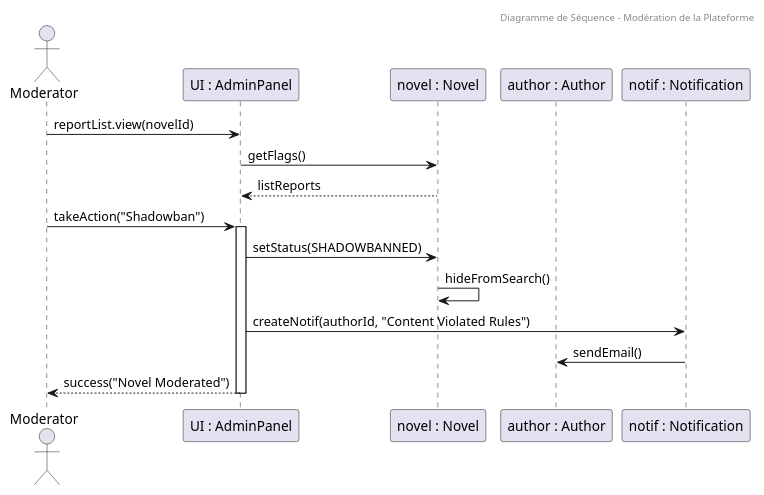
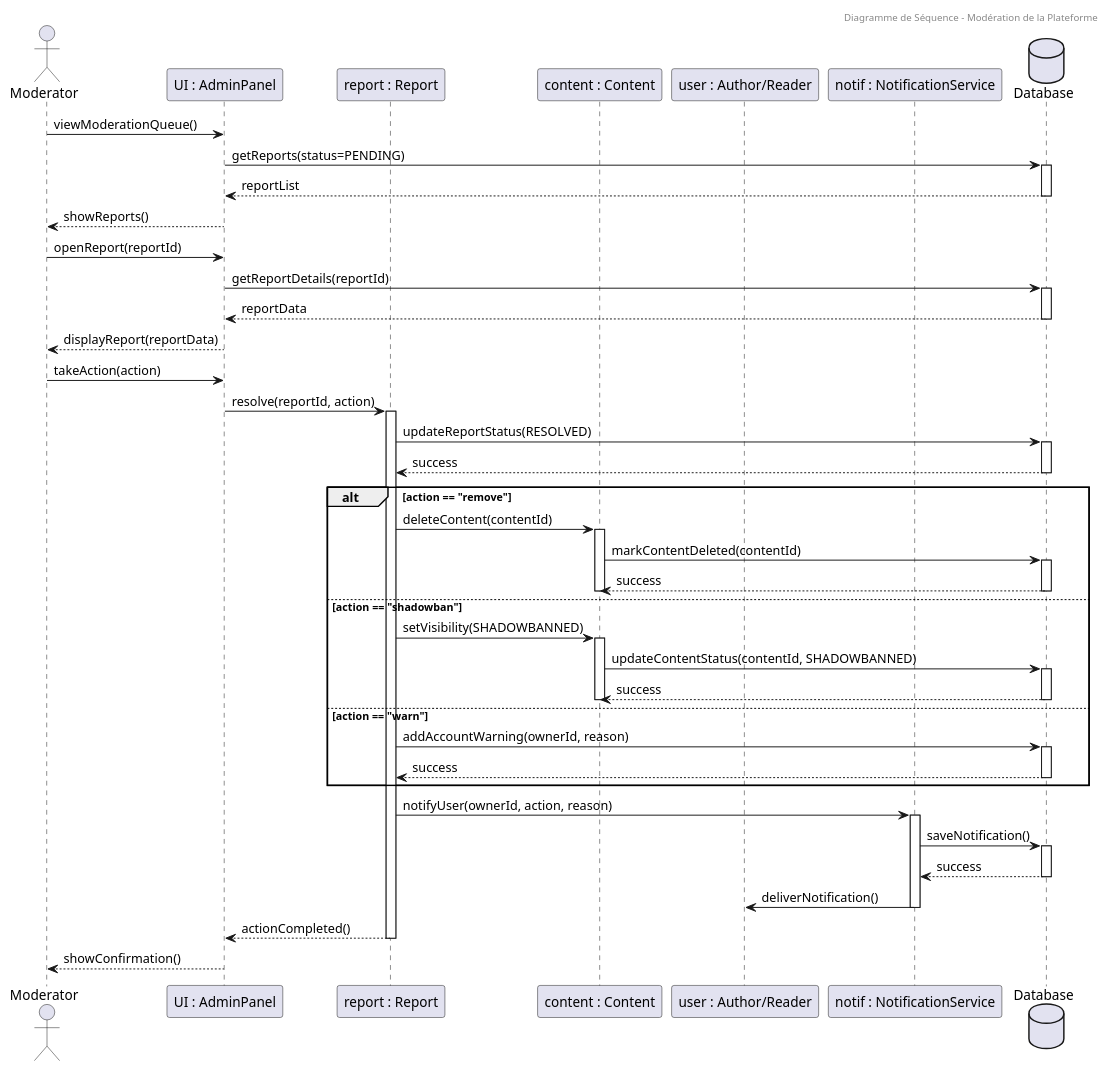
One commit to matthieuzajac/UML_project changed the diagram in src/Sequence/moderation.wsd. Above: the diagram before and after it, drawn with PlantUML.

Commit message:
Remake moderation sequence diagram

```diff
--- a/src/Sequence/moderation.wsd
+++ b/src/Sequence/moderation.wsd
@@ -1,23 +1,69 @@
 @startuml sequence diagram moderation
 header Diagramme de Séquence - Modération de la Plateforme
 actor Moderator as M
 participant "UI : AdminPanel" as UI
-participant "novel : Novel" as N
-participant "author : Author" as A
-participant "notif : Notification" as NS
+participant "report : Report" as REP
+participant "content : Content" as C
+participant "user : Author/Reader" as U
+participant "notif : NotificationService" as NS
+database "Database" as DB
 
-M -> UI : reportList.view(novelId)
-UI -> N : getFlags()
-N --> UI : listReports
+M -> UI : viewModerationQueue()
+UI -> DB : getReports(status=PENDING)
+activate DB
+DB --> UI : reportList
+deactivate DB
+UI --> M : showReports()
 
-M -> UI : takeAction("Shadowban")
-activate UI
-UI -> N : setStatus(SHADOWBANNED)
-N -> N : hideFromSearch()
+M -> UI : openReport(reportId)
+UI -> DB : getReportDetails(reportId)
+activate DB
+DB --> UI : reportData
+deactivate DB
+UI --> M : displayReport(reportData)
 
-UI -> NS : createNotif(authorId, "Content Violated Rules")
-NS -> A : sendEmail()
+M -> UI : takeAction(action)
+UI -> REP : resolve(reportId, action)
+activate REP
 
-UI --> M : success("Novel Moderated")
-deactivate UI
+REP -> DB : updateReportStatus(RESOLVED)
+activate DB
+DB --> REP : success
+deactivate DB
+
+alt action == "remove"
+    REP -> C : deleteContent(contentId)
+    activate C
+    C -> DB : markContentDeleted(contentId)
+    activate DB
+    DB --> C : success
+    deactivate DB
+    deactivate C
+else action == "shadowban"
+    REP -> C : setVisibility(SHADOWBANNED)
+    activate C
+    C -> DB : updateContentStatus(contentId, SHADOWBANNED)
+    activate DB
+    DB --> C : success
+    deactivate DB
+    deactivate C
+else action == "warn"
+    REP -> DB : addAccountWarning(ownerId, reason)
+    activate DB
+    DB --> REP : success
+    deactivate DB
+end
+
+REP -> NS : notifyUser(ownerId, action, reason)
+activate NS
+NS -> DB : saveNotification()
+activate DB
+DB --> NS : success
+deactivate DB
+NS -> U : deliverNotification()
+deactivate NS
+
+REP --> UI : actionCompleted()
+deactivate REP
+UI --> M : showConfirmation()
 @enduml
```
